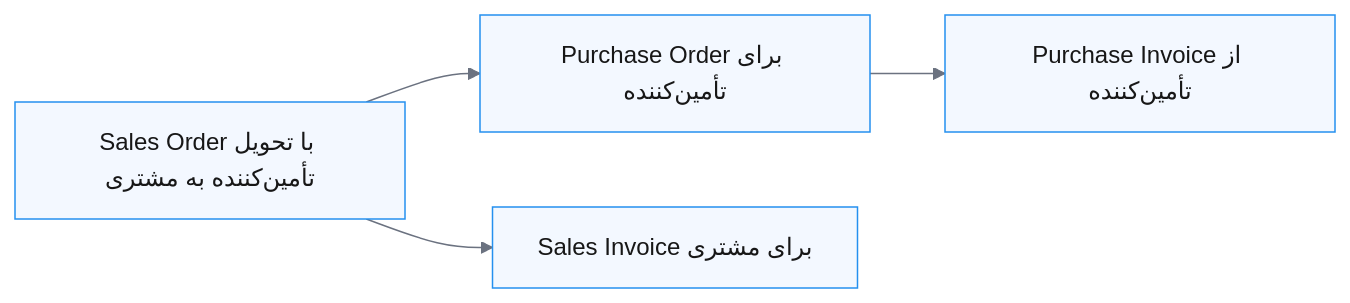
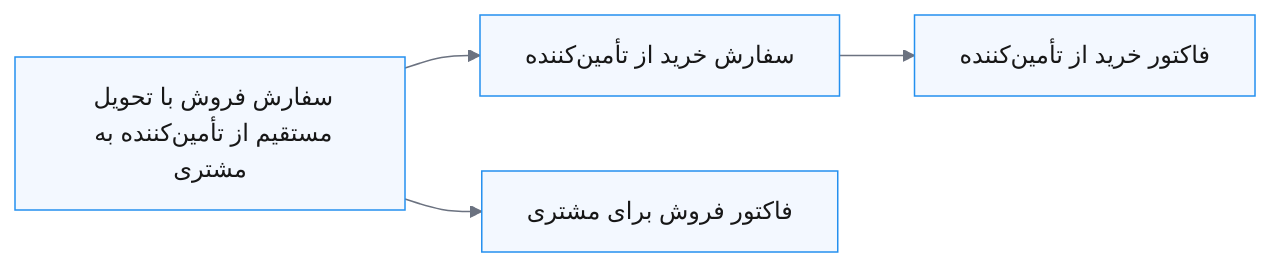
The sixth of 9 diagrams in content/fa/erpnext/accounting-workflows-by-business-type.md (shahinesi/frappe_docs-persian), drawn with Mermaid before and after one commit. The commit also changed other lines of this file and 7 other files, not shown here.

Commit message:
Localize ERPNext purchasing workflow diagrams

````diff
--- a/content/fa/erpnext/accounting-workflows-by-business-type.md
+++ b/content/fa/erpnext/accounting-workflows-by-business-type.md
@@ -136,7 +136,7 @@
 ```mermaid
 %%{init: {"theme":"base","themeVariables":{"primaryColor":"#F3F8FF","primaryBorderColor":"#2490EF","primaryTextColor":"#171717","lineColor":"#6B7280","secondaryColor":"#FFFFFF","tertiaryColor":"#F8F9FA"}}}%%
 flowchart LR
-    SO["Sales Order با تحویل تأمین‌کننده به مشتری"] --> PO["Purchase Order برای تأمین‌کننده"]
-    SO --> SI["Sales Invoice برای مشتری"]
-    PO --> PI["Purchase Invoice از تأمین‌کننده"]
+    SO["سفارش فروش با تحویل مستقیم از تأمین‌کننده به مشتری"] --> PO["سفارش خرید از تأمین‌کننده"]
+    SO --> SI["فاکتور فروش برای مشتری"]
+    PO --> PI["فاکتور خرید از تأمین‌کننده"]
 ```
````
